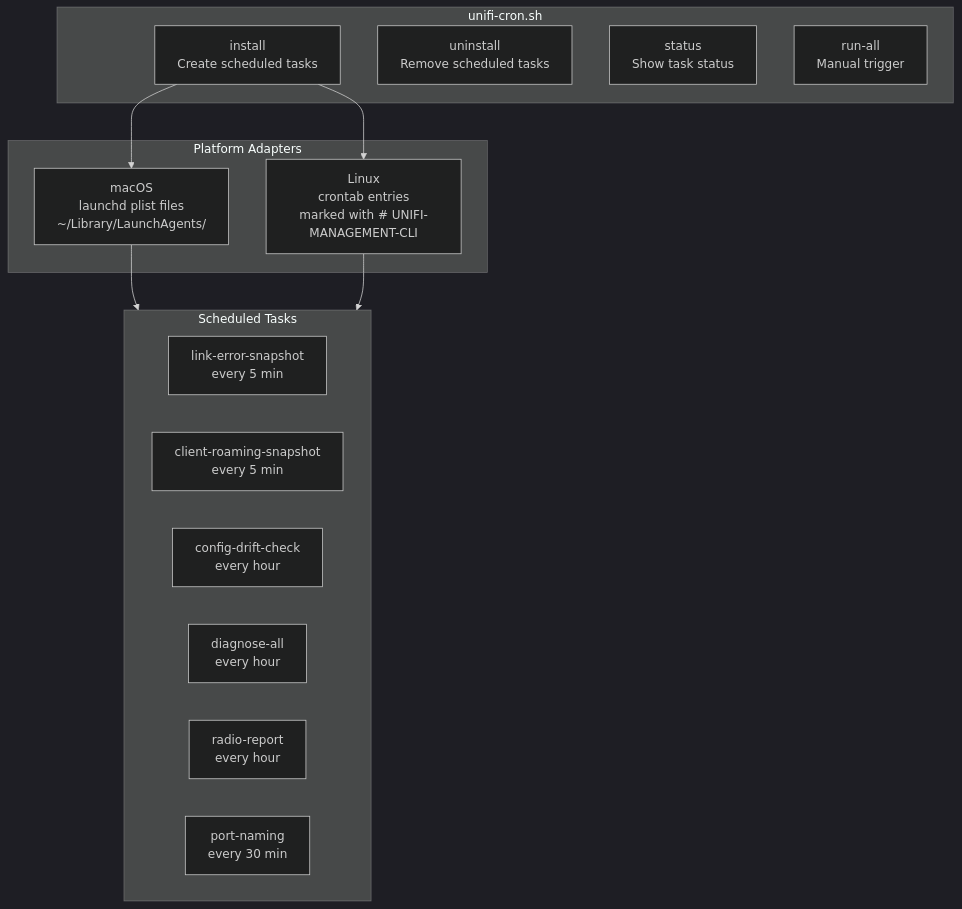
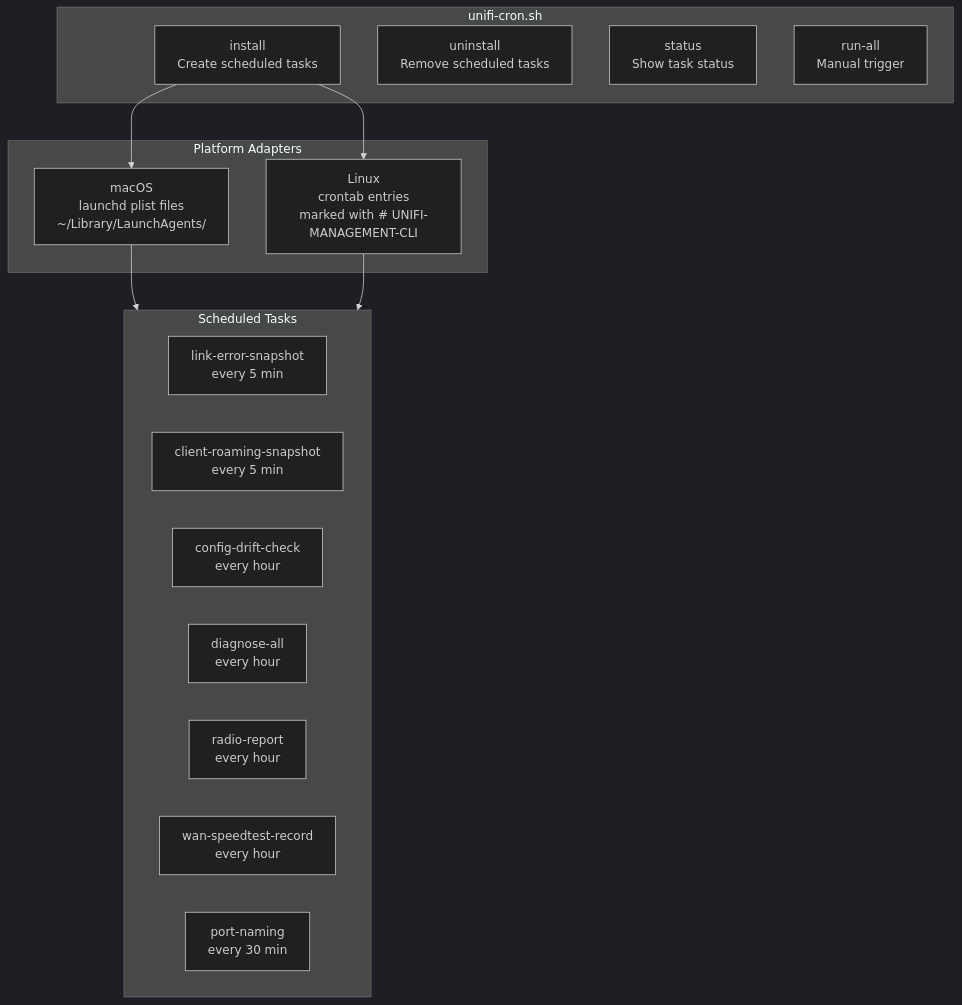
Before and after one commit to NetDevAutomate/unifi_management_cli: diagram 14 of 21 in docs/architecture/architecture-overview.md, drawn with Mermaid (dark theme). The commit also changed other lines of this file and 17 other files, not shown here.

````diff
--- a/docs/architecture/architecture-overview.md
+++ b/docs/architecture/architecture-overview.md
@@ -931,28 +935,29 @@
 ```mermaid
 graph TD
     subgraph scheduler["unifi-cron.sh"]
         INSTALL["install\nCreate scheduled tasks"]
         UNINSTALL["uninstall\nRemove scheduled tasks"]
         STATUS["status\nShow task status"]
         RUNALL["run-all\nManual trigger"]
     end
 
     subgraph platform["Platform Adapters"]
         LAUNCHD["macOS\nlaunchd plist files\n~/Library/LaunchAgents/"]
         CRONTAB["Linux\ncrontab entries\nmarked with # UNIFI-MANAGEMENT-CLI"]
     end
 
     subgraph tasks["Scheduled Tasks"]
         T1["link-error-snapshot\nevery 5 min"]
         T2["client-roaming-snapshot\nevery 5 min"]
         T3["config-drift-check\nevery hour"]
         T4["diagnose-all\nevery hour"]
         T5["radio-report\nevery hour"]
+        T7["wan-speedtest-record\nevery hour"]
         T6["port-naming\nevery 30 min"]
     end
 
     INSTALL --> LAUNCHD
     INSTALL --> CRONTAB
     LAUNCHD --> tasks
     CRONTAB --> tasks
 ```
````
